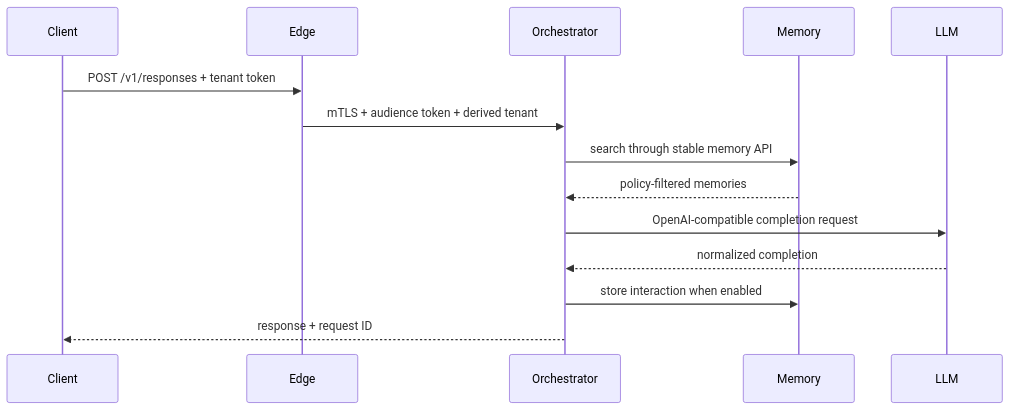
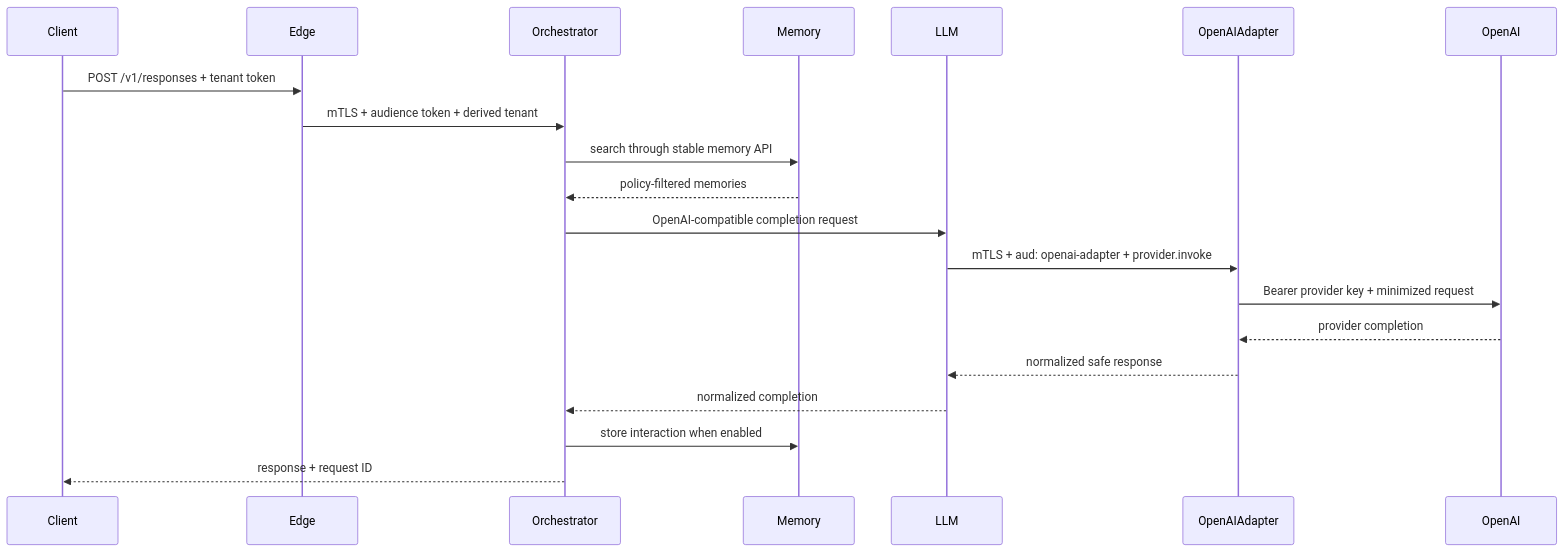
Before and after one commit to diaryfolio/aiops-fabric: the diagram in docs/design/high-level/design_01.md, drawn with Mermaid. The commit also changed other lines of this file and 97 other files, not shown here.

````diff
--- a/docs/design/high-level/design_01.md
+++ b/docs/design/high-level/design_01.md
@@ -29,16 +38,22 @@
 ```mermaid
 sequenceDiagram
     participant Client
     participant Edge
     participant Orchestrator
     participant Memory
     participant LLM
+    participant OpenAIAdapter
+    participant OpenAI
     Client->>Edge: POST /v1/responses + tenant token
     Edge->>Orchestrator: mTLS + audience token + derived tenant
     Orchestrator->>Memory: search through stable memory API
     Memory-->>Orchestrator: policy-filtered memories
     Orchestrator->>LLM: OpenAI-compatible completion request
+    LLM->>OpenAIAdapter: mTLS + aud: openai-adapter + provider.invoke
+    OpenAIAdapter->>OpenAI: Bearer provider key + minimized request
+    OpenAI-->>OpenAIAdapter: provider completion
+    OpenAIAdapter-->>LLM: normalized safe response
     LLM-->>Orchestrator: normalized completion
     Orchestrator->>Memory: store interaction when enabled
     Orchestrator-->>Client: response + request ID
 ```
````
